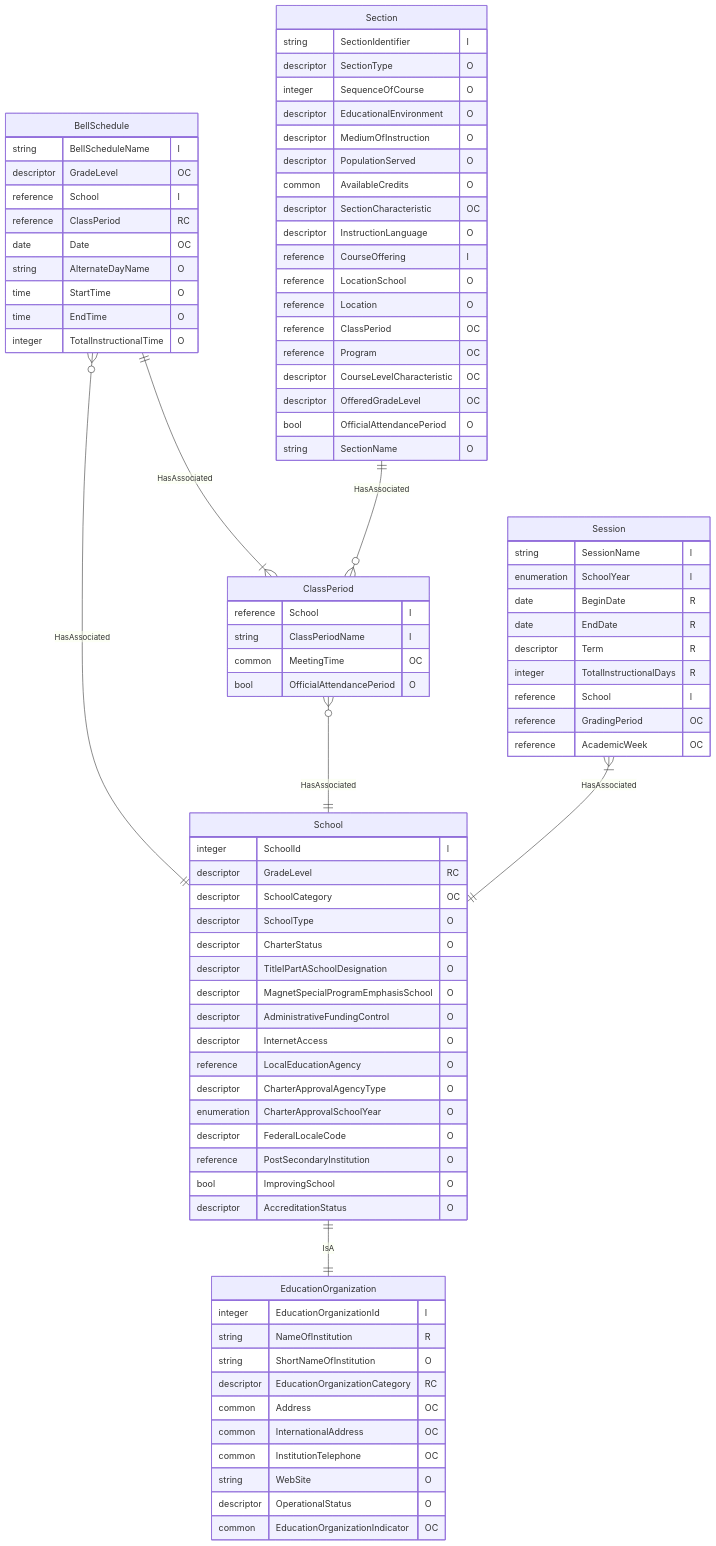
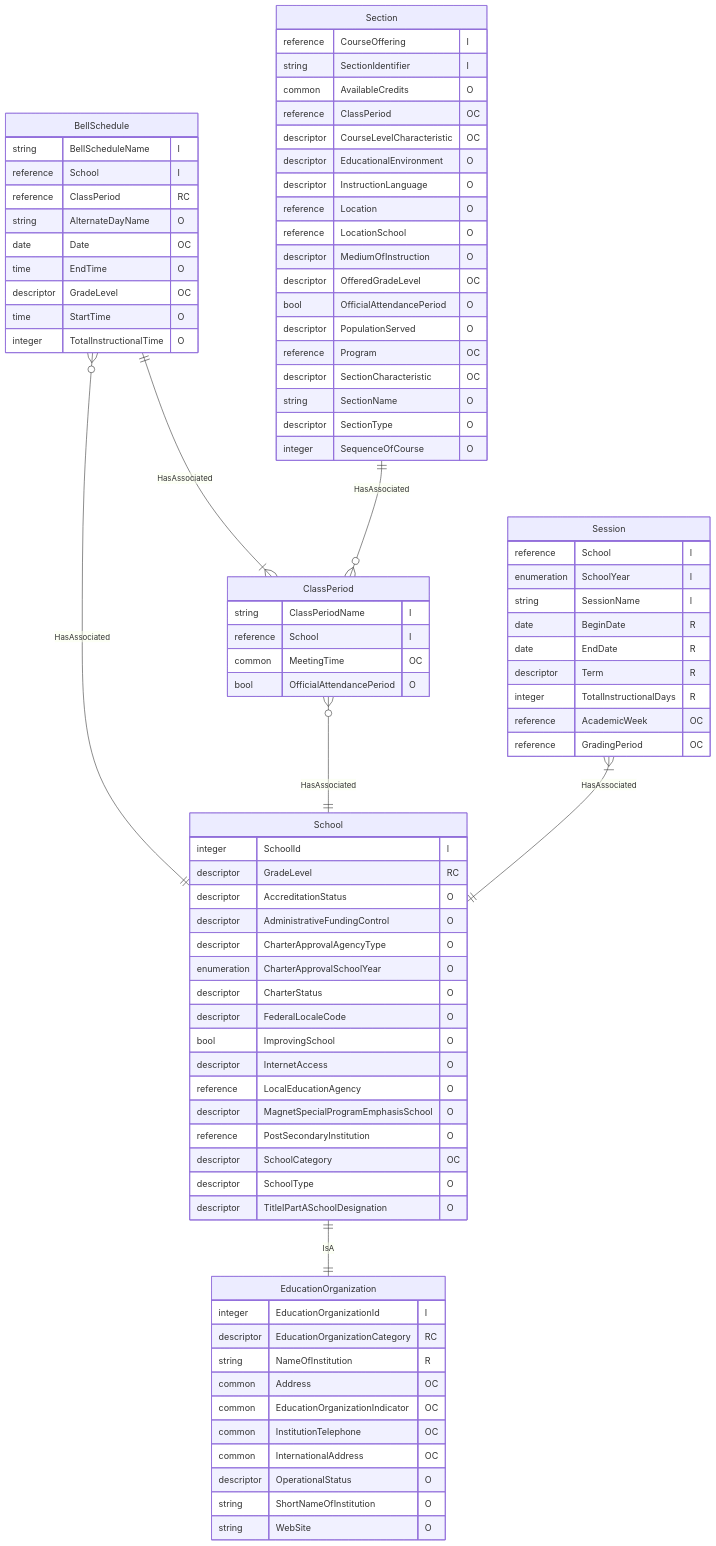
The diagram in dataStandard_versioned_docs/version-6/model-reference/bell-schedule-domain/BellSchedule.mmd (Ed-Fi-Alliance-OSS/ed-fi-alliance-oss.github.io), drawn with Mermaid before and after one commit. The commit also changed other lines of this file, not shown here.

First line of the commit message:
[DATASTD-2618] Reorder Bell Schedule UML attributes to list identities at the top

```diff
--- a/dataStandard_versioned_docs/version-6/model-reference/bell-schedule-domain/BellSchedule.mmd
+++ b/dataStandard_versioned_docs/version-6/model-reference/bell-schedule-domain/BellSchedule.mmd
@@ -1,85 +1,85 @@
 erDiagram
     BellSchedule {
         string BellScheduleName "I"
-        descriptor GradeLevel "OC"
         reference School "I"
         reference ClassPeriod "RC"
+        string AlternateDayName "O"
         date Date "OC"
-        string AlternateDayName "O"
+        time EndTime "O"
+        descriptor GradeLevel "OC"
         time StartTime "O"
-        time EndTime "O"
         integer TotalInstructionalTime "O"
     }
     ClassPeriod {
+        string ClassPeriodName "I"
         reference School "I"
-        string ClassPeriodName "I"
         common MeetingTime "OC"
         bool OfficialAttendancePeriod "O"
     }
     Session {
+        reference School "I"
+        enumeration SchoolYear "I"
         string SessionName "I"
-        enumeration SchoolYear "I"
         date BeginDate "R"
         date EndDate "R"
         descriptor Term "R"
         integer TotalInstructionalDays "R"
-        reference School "I"
+        reference AcademicWeek "OC"
         reference GradingPeriod "OC"
-        reference AcademicWeek "OC"
     }
     Section {
+        reference CourseOffering "I"
         string SectionIdentifier "I"
+        common AvailableCredits "O"
+        reference ClassPeriod "OC"
+        descriptor CourseLevelCharacteristic "OC"
+        descriptor EducationalEnvironment "O"
+        descriptor InstructionLanguage "O"
+        reference Location "O"
+        reference LocationSchool "O"
+        descriptor MediumOfInstruction "O"
+        descriptor OfferedGradeLevel "OC"
+        bool OfficialAttendancePeriod "O"
+        descriptor PopulationServed "O"
+        reference Program "OC"
+        descriptor SectionCharacteristic "OC"
+        string SectionName "O"
         descriptor SectionType "O"
         integer SequenceOfCourse "O"
-        descriptor EducationalEnvironment "O"
-        descriptor MediumOfInstruction "O"
-        descriptor PopulationServed "O"
-        common AvailableCredits "O"
-        descriptor SectionCharacteristic "OC"
-        descriptor InstructionLanguage "O"
-        reference CourseOffering "I"
-        reference LocationSchool "O"
-        reference Location "O"
-        reference ClassPeriod "OC"
-        reference Program "OC"
-        descriptor CourseLevelCharacteristic "OC"
-        descriptor OfferedGradeLevel "OC"
-        bool OfficialAttendancePeriod "O"
-        string SectionName "O"
     }
     EducationOrganization {
         integer EducationOrganizationId "I"
+        descriptor EducationOrganizationCategory "RC"
         string NameOfInstitution "R"
+        common Address "OC"
+        common EducationOrganizationIndicator "OC"
+        common InstitutionTelephone "OC"
+        common InternationalAddress "OC"
+        descriptor OperationalStatus "O"
         string ShortNameOfInstitution "O"
-        descriptor EducationOrganizationCategory "RC"
-        common Address "OC"
-        common InternationalAddress "OC"
-        common InstitutionTelephone "OC"
         string WebSite "O"
-        descriptor OperationalStatus "O"
-        common EducationOrganizationIndicator "OC"
     }
     School {
         integer SchoolId "I"
         descriptor GradeLevel "RC"
+        descriptor AccreditationStatus "O"
+        descriptor AdministrativeFundingControl "O"
+        descriptor CharterApprovalAgencyType "O"
+        enumeration CharterApprovalSchoolYear "O"
+        descriptor CharterStatus "O"
+        descriptor FederalLocaleCode "O"
+        bool ImprovingSchool "O"
+        descriptor InternetAccess "O"
+        reference LocalEducationAgency "O"
+        descriptor MagnetSpecialProgramEmphasisSchool "O"
+        reference PostSecondaryInstitution "O"
         descriptor SchoolCategory "OC"
         descriptor SchoolType "O"
-        descriptor CharterStatus "O"
         descriptor TitleIPartASchoolDesignation "O"
-        descriptor MagnetSpecialProgramEmphasisSchool "O"
-        descriptor AdministrativeFundingControl "O"
-        descriptor InternetAccess "O"
-        reference LocalEducationAgency "O"
-        descriptor CharterApprovalAgencyType "O"
-        enumeration CharterApprovalSchoolYear "O"
-        descriptor FederalLocaleCode "O"
-        reference PostSecondaryInstitution "O"
-        bool ImprovingSchool "O"
-        descriptor AccreditationStatus "O"
     }
     School ||--|| EducationOrganization : "IsA"
     BellSchedule }o--|| School : "HasAssociated"
     BellSchedule ||--|{ ClassPeriod : "HasAssociated"
     ClassPeriod }o--|| School : "HasAssociated"
     Session }|--|| School : "HasAssociated"
     Section ||--o{ ClassPeriod : "HasAssociated"
```
